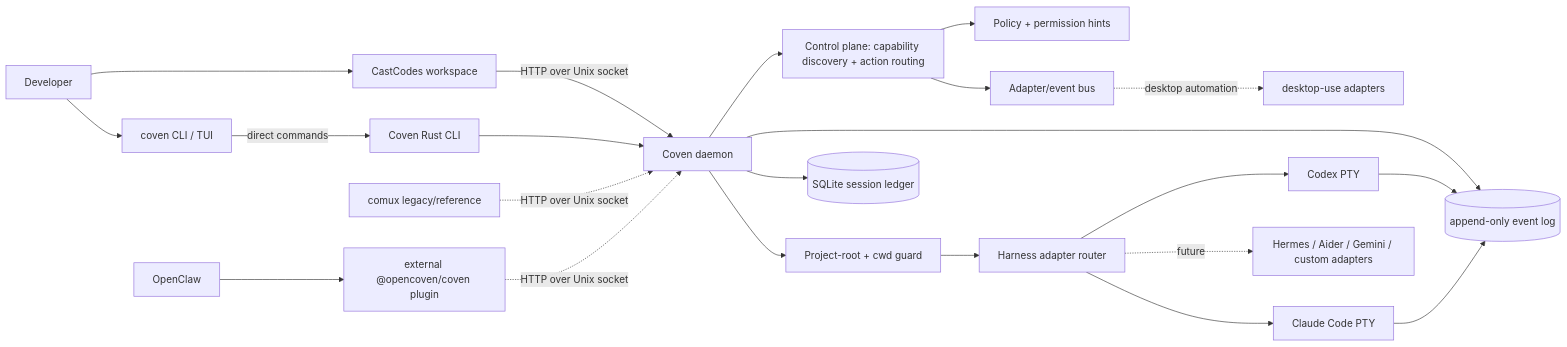
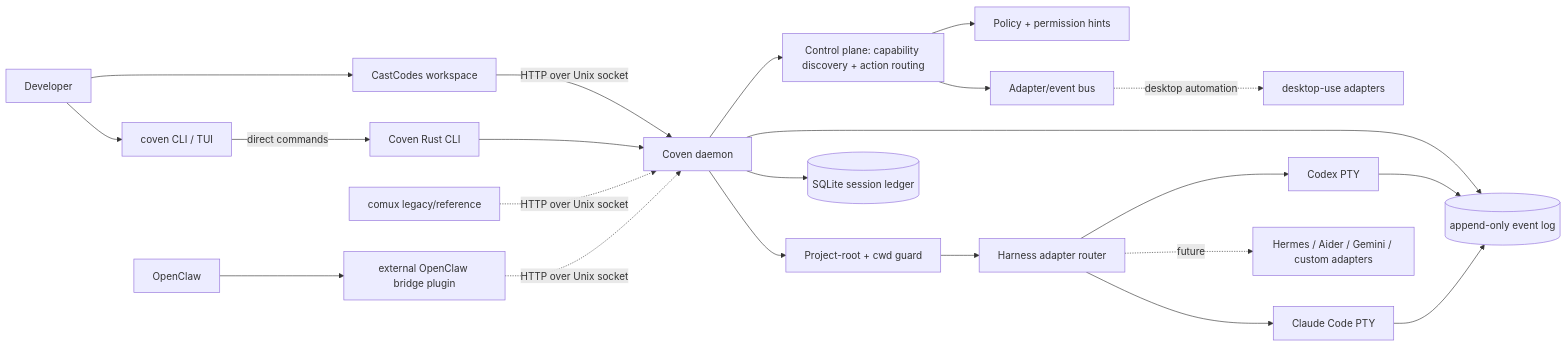
One commit to OpenCoven/coven changed the first of 3 diagrams in docs/concepts/architecture.md. Above: the diagram before and after it, drawn with Mermaid. The commit also changed 48 other files, not shown here.

````diff
--- a/docs/concepts/architecture.md
+++ b/docs/concepts/architecture.md
@@ -16,29 +16,29 @@
 ```mermaid
 flowchart LR
   User[Developer] --> CastCodes[CastCodes workspace]
   CastCodes -->|HTTP over Unix socket| Daemon[Coven daemon]
 
   User --> CLI[coven CLI / TUI]
   CLI -->|direct commands| Rust[Coven Rust CLI]
   Rust --> Daemon
 
   Comux[comux legacy/reference] -.->|HTTP over Unix socket| Daemon
-  OpenClaw[OpenClaw] --> Plugin[external @opencoven/coven plugin]
+  OpenClaw[OpenClaw] --> Plugin[external OpenClaw bridge plugin]
   Plugin -.->|HTTP over Unix socket| Daemon
 
   Daemon --> Control[Control plane: capability discovery + action routing]
   Control --> Policy[Policy + permission hints]
   Control --> AdapterBus[Adapter/event bus]
   AdapterBus -. desktop automation .-> DesktopUse[desktop-use adapters]
 
   Daemon --> Boundary[Project-root + cwd guard]
   Boundary --> Adapter[Harness adapter router]
   Adapter --> Codex[Codex PTY]
   Adapter --> Claude[Claude Code PTY]
   Adapter -. future .-> Future[Hermes / Aider / Gemini / custom adapters]
 
   Daemon --> Store[(SQLite session ledger)]
   Daemon --> Events[(append-only event log)]
   Codex --> Events
   Claude --> Events
 ```
````
